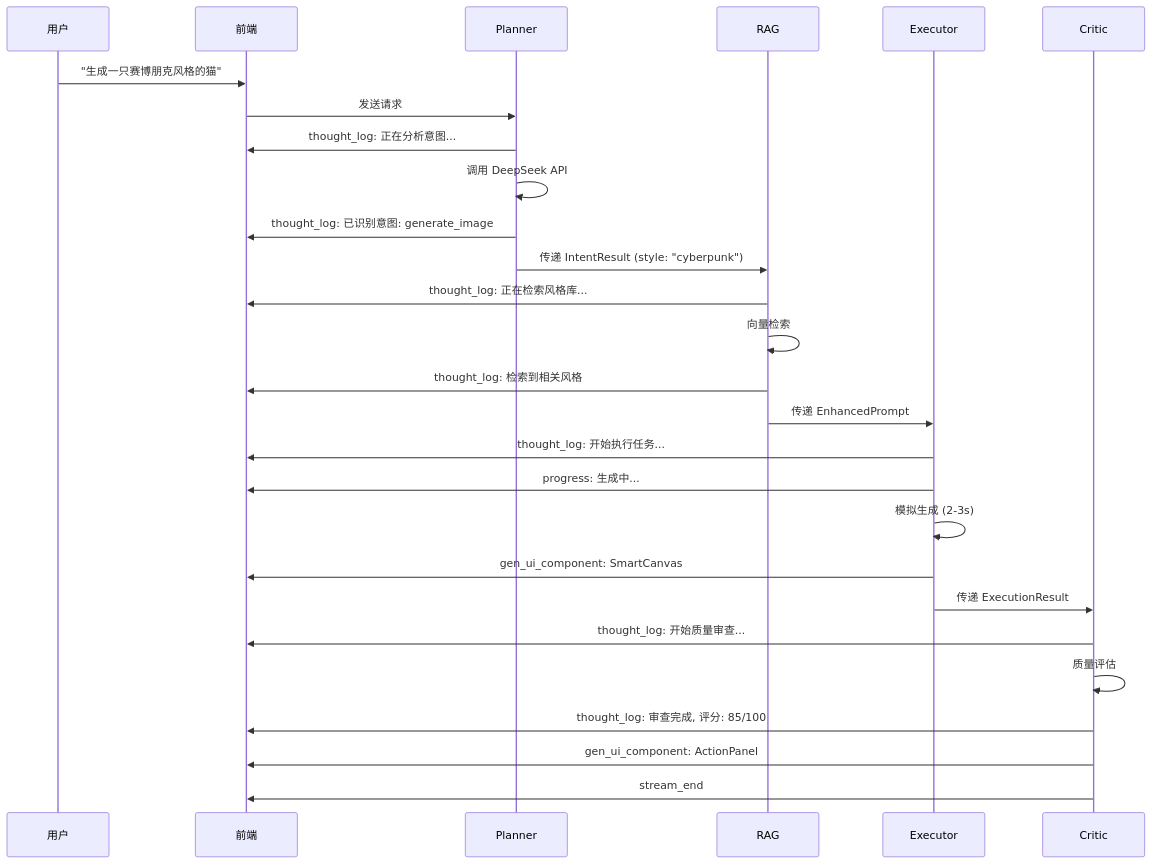
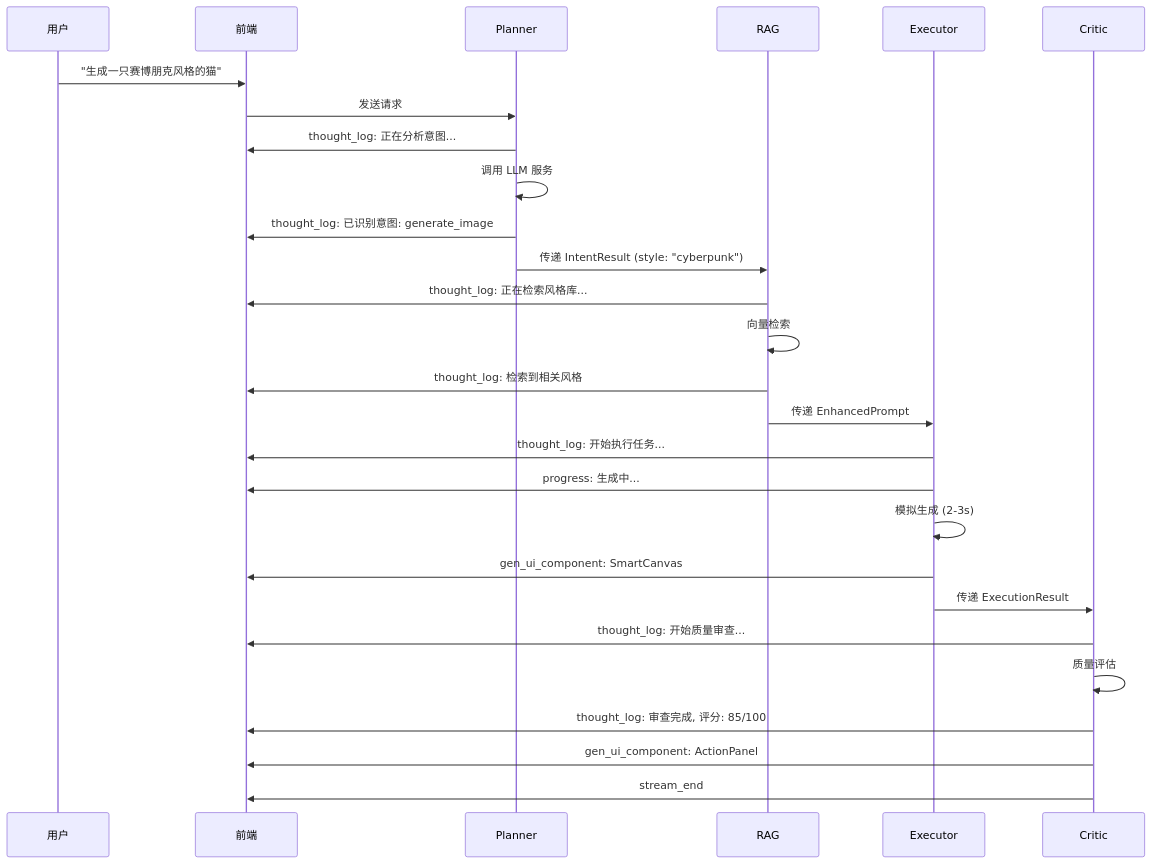
Diagram 16 of 17 in docs/agent_state_machine.md (xinqingaa/aivista_agent), drawn with Mermaid before and after one commit. The commit also changed other lines of this file and 14 other files, not shown here.

````diff
--- a/docs/agent_state_machine.md
+++ b/docs/agent_state_machine.md
@@ -440,33 +440,33 @@
 ```mermaid
 sequenceDiagram
     participant U as 用户
     participant F as 前端
     participant P as Planner
     participant R as RAG
     participant E as Executor
     participant C as Critic
     
     U->>F: "生成一只赛博朋克风格的猫"
     F->>P: 发送请求
     P->>F: thought_log: 正在分析意图...
-    P->>P: 调用 DeepSeek API
+    P->>P: 调用 LLM 服务
     P->>F: thought_log: 已识别意图: generate_image
     P->>R: 传递 IntentResult (style: "cyberpunk")
     
     R->>F: thought_log: 正在检索风格库...
     R->>R: 向量检索
     R->>F: thought_log: 检索到相关风格
     R->>E: 传递 EnhancedPrompt
     
     E->>F: thought_log: 开始执行任务...
     E->>F: progress: 生成中...
     E->>E: 模拟生成 (2-3s)
     E->>F: gen_ui_component: SmartCanvas
     E->>C: 传递 ExecutionResult
     
     C->>F: thought_log: 开始质量审查...
     C->>C: 质量评估
     C->>F: thought_log: 审查完成, 评分: 85/100
     C->>F: gen_ui_component: ActionPanel
     C->>F: stream_end
 ```
````
